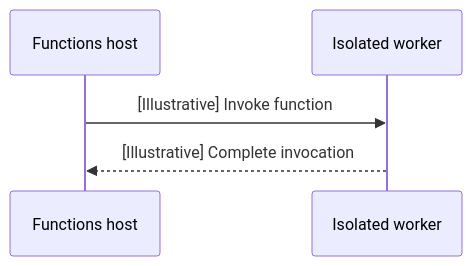
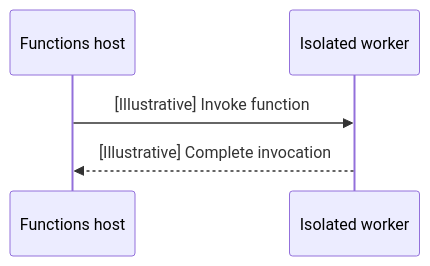
One commit to yeongseon/azure-functions-practical-guide changed the seventh of 7 diagrams in docs/reference/functions-topology-templates.md. Above: the diagram before and after it, drawn with Mermaid. The commit also changed other lines of this file and 2 other files, not shown here.

First line of the commit message:
docs(diagrams): record topology template legibility and fix the sequence size (#616)

````diff
--- a/docs/reference/functions-topology-templates.md
+++ b/docs/reference/functions-topology-templates.md
@@ -389,9 +389,10 @@
 ```mermaid
 sequenceDiagram
     accTitle: Isolated worker - logical invocation exchange
     accDescr: Illustrative temporal exchange between host and isolated worker, not a topology, protocol trace or performance measurement.
+    %%{init: {"sequence":{"width":110,"actorMargin":30,"diagramMarginX":8,"messageMargin":28}}}%%
     participant app_runtime as Functions host
     participant language_worker as Isolated worker
     app_runtime->>language_worker: [Illustrative] Invoke function
     language_worker-->>app_runtime: [Illustrative] Complete invocation
 ```
````
